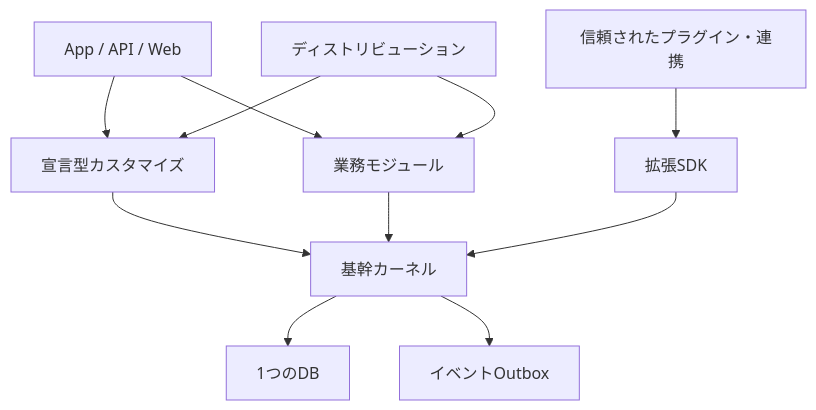
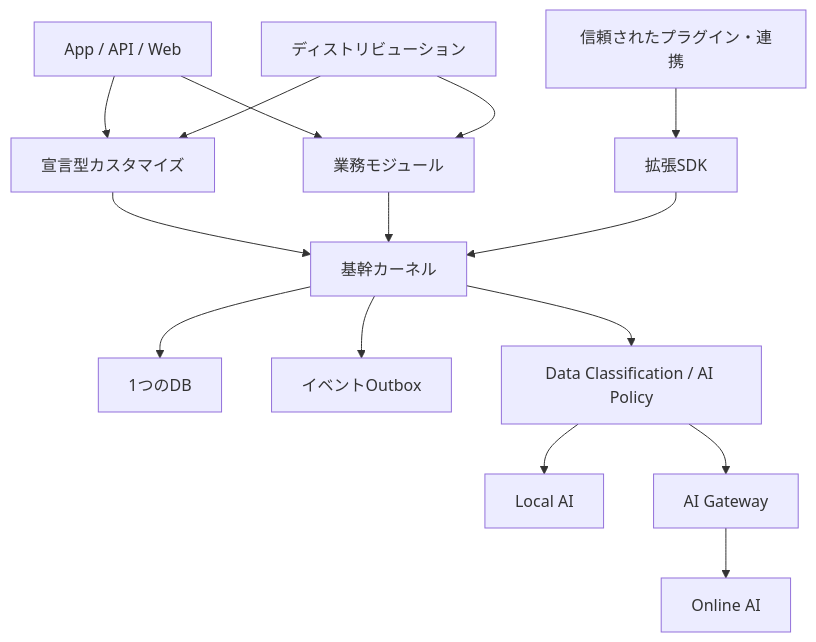
One commit to hoikuict/open-hoikuict-kernel-lab changed the first of 3 diagrams in docs/kernel-extension-architecture-spec.md. Above: the diagram before and after it, drawn with Mermaid. The commit also changed other lines of this file, not shown here.

````diff
--- a/docs/kernel-extension-architecture-spec.md
+++ b/docs/kernel-extension-architecture-spec.md
@@ -96,13 +109,17 @@
 ```mermaid
 flowchart TB
     APP["App / API / Web"] --> MOD["業務モジュール"]
     APP --> CUSTOM["宣言型カスタマイズ"]
     DIST["ディストリビューション"] --> MOD
     DIST --> CUSTOM
     CUSTOM --> KERNEL["基幹カーネル"]
     MOD --> KERNEL
     PLUGIN["信頼されたプラグイン・連携"] --> SDK["拡張SDK"]
     SDK --> KERNEL
     KERNEL --> DB["1つのDB"]
     KERNEL --> OUTBOX["イベントOutbox"]
+    KERNEL --> PRIVACY["Data Classification / AI Policy"]
+    PRIVACY --> LOCALAI["Local AI"]
+    PRIVACY --> GATEWAY["AI Gateway"]
+    GATEWAY --> ONLINEAI["Online AI"]
 ```
````
